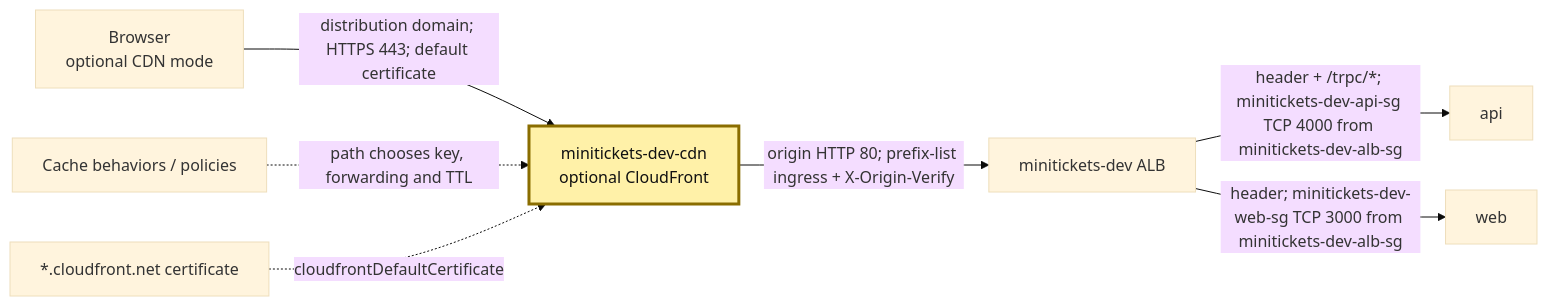
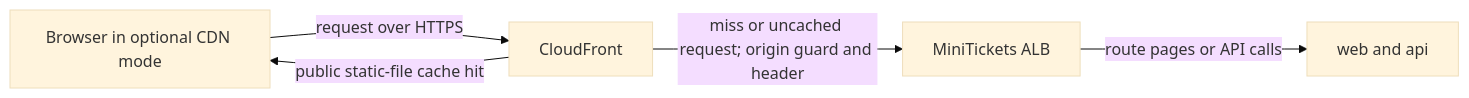
Before and after one commit to maheshnd/minitickets: the diagram in docs/handbook/concepts/cloudfront.md, drawn with Mermaid (base theme). The commit also changed other lines of this file and 39 other files, not shown here.

````diff
--- a/docs/handbook/concepts/cloudfront.md
+++ b/docs/handbook/concepts/cloudfront.md
@@ -14,11 +18,7 @@
 ```mermaid
 flowchart LR
-    browser["Browser<br/>optional CDN mode"] -->|"distribution domain; HTTPS 443; default certificate"| cf["minitickets-dev-cdn<br/>optional CloudFront"]
-    cf -->|"origin HTTP 80; prefix-list ingress + X-Origin-Verify"| alb["minitickets-dev ALB"]
-    policy["Cache behaviors / policies"] -.->|"path chooses key, forwarding and TTL"| cf
-    cert["*.cloudfront.net certificate"] -.->|"cloudfrontDefaultCertificate"| cf
-    alb -->|"header + /trpc/*; minitickets-dev-api-sg TCP 4000 from minitickets-dev-alb-sg"| api["api"]
-    alb -->|"header; minitickets-dev-web-sg TCP 3000 from minitickets-dev-alb-sg"| web["web"]
-    classDef focus fill:#fff1a8,stroke:#8a6d00,stroke-width:3px,color:#111
-    class cf focus
+    browser["Browser in optional CDN mode"] -->|"request over HTTPS"| edge["CloudFront"]
+    edge -->|"public static-file cache hit"| browser
+    edge -->|"miss or uncached request; origin guard and header"| alb["MiniTickets ALB"]
+    alb -->|"route pages or API calls"| apps["web and api"]
 ```
````
